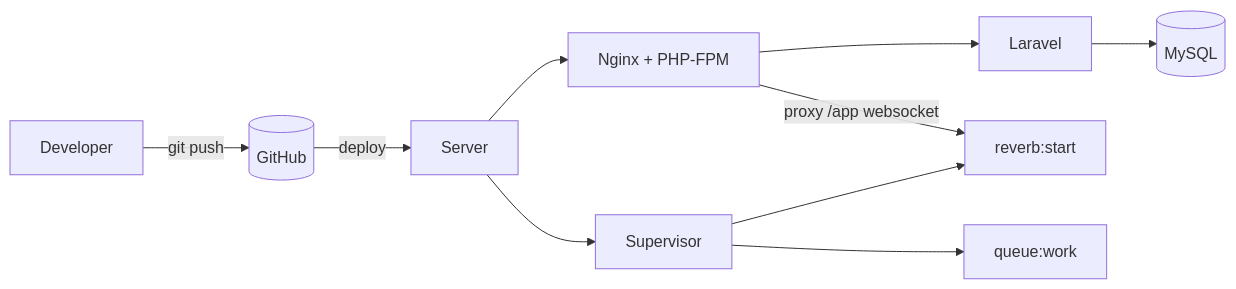
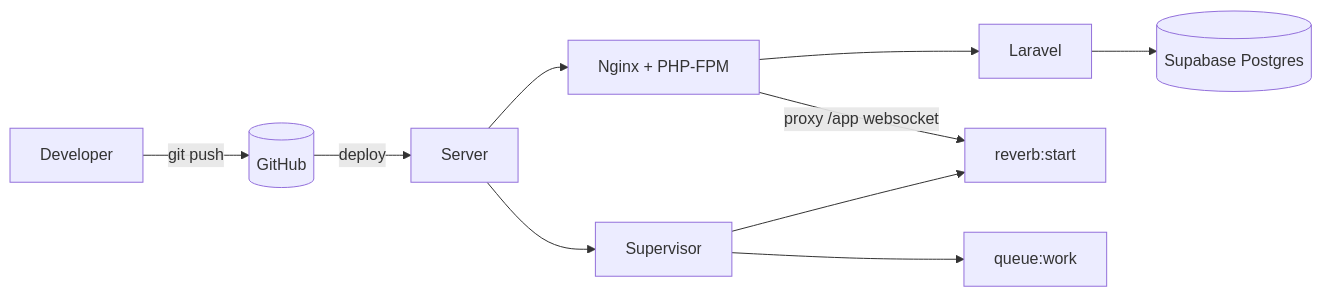
Before and after one commit to Nqobileee/zb-idea-manager: diagram 17 of 18 in docs/DOCUMENTATION.md, drawn with Mermaid. The commit also changed other lines of this file and 9 other files, not shown here.

````diff
--- a/docs/DOCUMENTATION.md
+++ b/docs/DOCUMENTATION.md
@@ -616,12 +643,12 @@
 ```mermaid
 flowchart LR
     DEV[Developer] -->|git push| GH[(GitHub)]
     GH -->|deploy| SRV[Server]
     SRV --> NGINX[Nginx + PHP-FPM]
     SRV --> SUP[Supervisor]
     SUP --> RV[reverb:start]
     SUP --> QW[queue:work]
     NGINX --> APP[Laravel]
-    APP --> MY[(MySQL)]
+    APP --> MY[(Supabase Postgres)]
     NGINX -->|proxy /app websocket| RV
 ```
````
